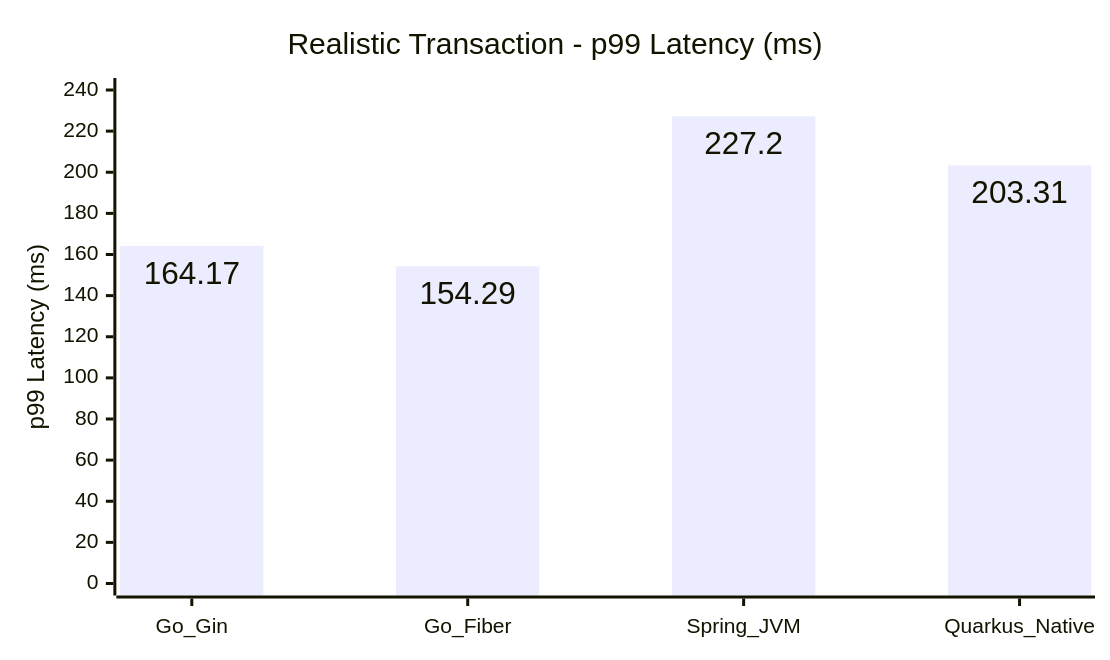
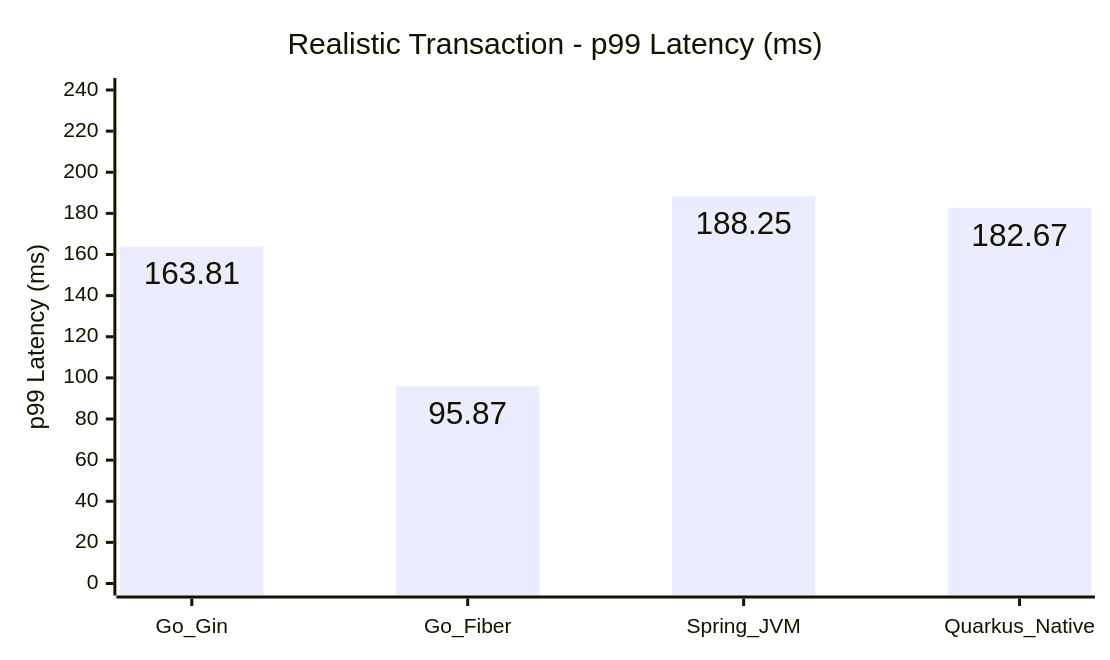
One commit to hiiamtin/go-vs-java changed the second of 15 diagrams in COMPARISON_REPORT.md. Above: the diagram before and after it, drawn with Mermaid. The commit also changed other lines of this file and 93 other files, not shown here.

````diff
--- a/COMPARISON_REPORT.md
+++ b/COMPARISON_REPORT.md
@@ -65,14 +65,14 @@
 ```mermaid
 ---
 config:
   xyChart:
     width: 720
     height: 420
     showDataLabel: true
 ---
 xychart
     title "Realistic Transaction - p99 Latency (ms)"
     x-axis [Go_Gin, Go_Fiber, Spring_JVM, Quarkus_Native]
     y-axis "p99 Latency (ms)" 0 --> 240
-    bar [164.17, 154.29, 227.2, 203.31]
+    bar [163.81, 95.87, 188.25, 182.67]
 ```
````
